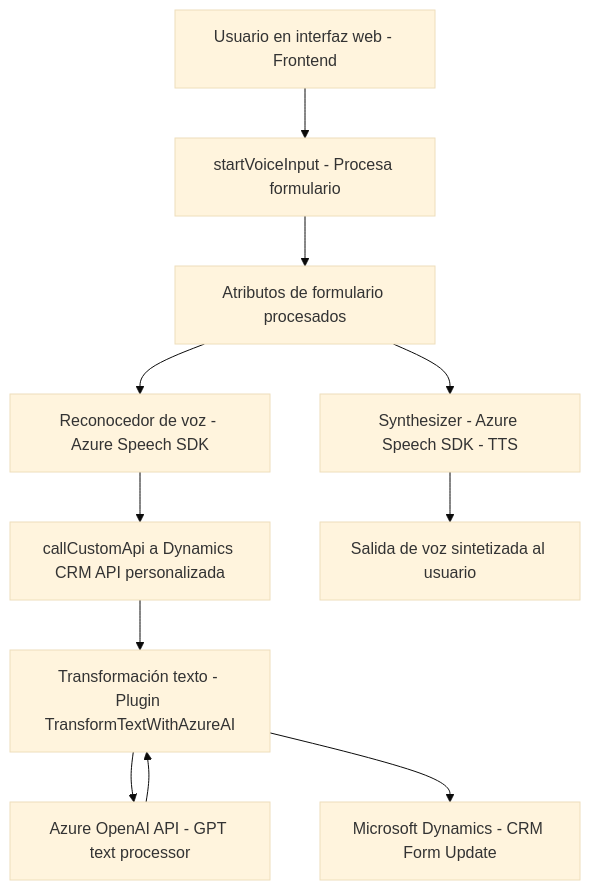
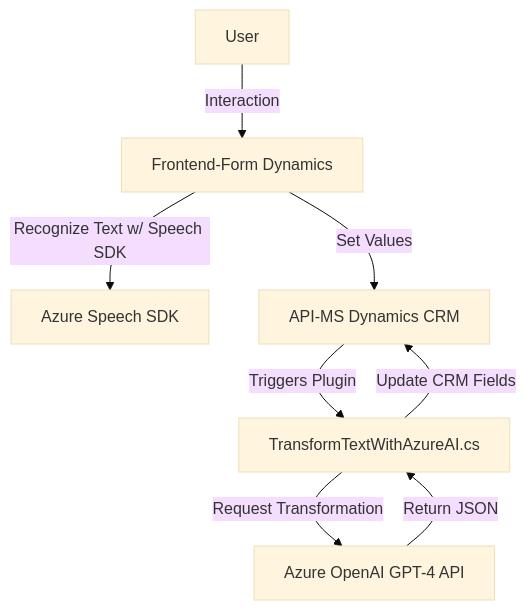
Before and after one commit to blopezdm/NETCORE_BILBAO2025: the diagram in README.md, drawn with Mermaid (base theme). The commit also changed other lines of this file, not shown here.

````diff
--- a/README.md
+++ b/README.md
@@ -38,24 +60,9 @@
 ```mermaid
 graph TD
-    Start["Usuario en interfaz web - Frontend"]
-    A["startVoiceInput - Procesa formulario"]
-    B["Synthesizer - Azure Speech SDK - TTS"]
-    C["Atributos de formulario procesados"]
-    D["Reconocedor de voz - Azure Speech SDK"]
-    E["callCustomApi a Dynamics CRM API personalizada"]
-    F["Transformación texto - Plugin TransformTextWithAzureAI"]
-    G["Azure OpenAI API - GPT text processor"]
-    H["Microsoft Dynamics - CRM Form Update"]
-    I["Salida de voz sintetizada al usuario"]
-
-    Start --> A
-    A --> C
-    C --> B
-    C --> D
-    D --> E
-    E --> F
-    F --> G
-    G --> F
-    F --> H
-    B --> I
+    A["User"] -->|Interaction| B["Frontend-Form Dynamics"]
+    B -->|Recognize Text w/ Speech SDK| C["Azure Speech SDK"]
+    B -->|Set Values| D["API-MS Dynamics CRM"]
+    D -->|Triggers Plugin| E["TransformTextWithAzureAI.cs"]
+    E -->|Request Transformation| F["Azure OpenAI GPT-4 API"]
+    F -->|Return JSON| E -->|Update CRM Fields| D
 ```
````
